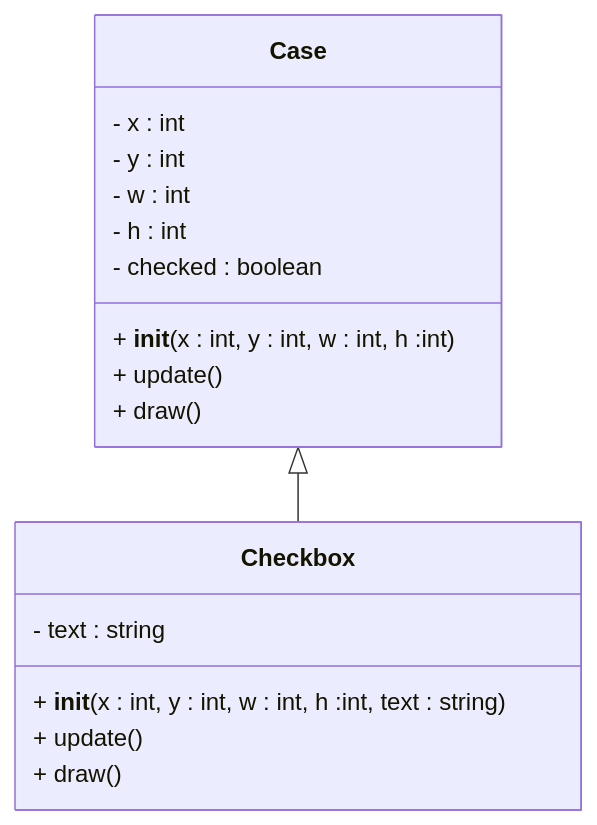
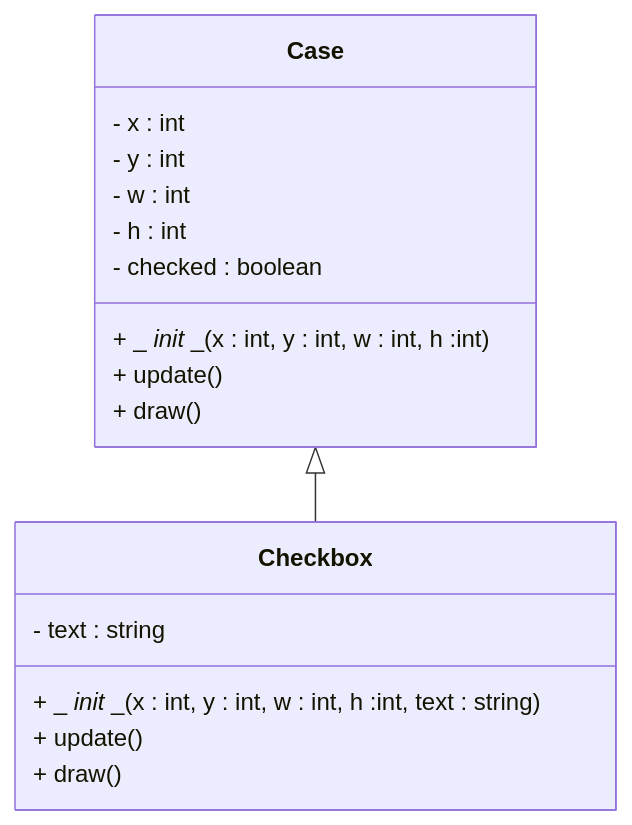
Before and after one commit to bts-ciel-immac-laval/bts-ciel-immac-laval.github.io: the third of 3 diagrams in docs/bts-2/80-battleships-2.md, drawn with Mermaid. The commit also changed other lines of this file and 1 other file, not shown here.

````diff
--- a/docs/bts-2/80-battleships-2.md
+++ b/docs/bts-2/80-battleships-2.md
@@ -383,20 +383,20 @@
     ``` mermaid
     classDiagram
         class Case {
             - x : int
             - y : int
             - w : int
             - h : int
             - checked : boolean
-            + __init__(x : int, y : int, w : int, h :int)
+            + _ _init_ _(x : int, y : int, w : int, h :int)
             + update()
             + draw()
         }
         class Checkbox {
             - text : string
-            + __init__(x : int, y : int, w : int, h :int, text : string)
+            + _ _init_ _(x : int, y : int, w : int, h :int, text : string)
             + update()
             + draw()
         }
         Case <|-- Checkbox
     ```
````
